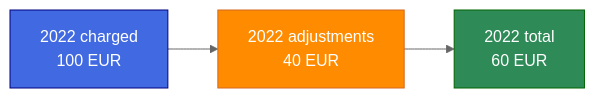
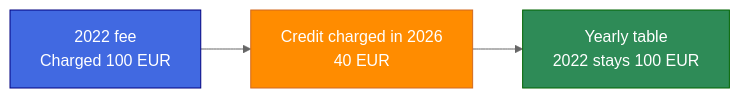
Before and after one commit to rafael-pissardo/lagom: the third of 4 diagrams in README.md, drawn with Mermaid (neutral theme). The commit also changed other lines of this file and 15 other files, not shown here.

````diff
--- a/README.md
+++ b/README.md
@@ -46,7 +46,7 @@
 ```mermaid
 flowchart LR
     classDef charged fill:royalblue,stroke:navy,color:white
     classDef credit fill:darkorange,stroke:chocolate,color:white
     classDef total fill:seagreen,stroke:darkgreen,color:white
-    A["2022 charged<br/>100 EUR"]:::charged --> B["2022 adjustments<br/>40 EUR"]:::credit --> C["2022 total<br/>60 EUR"]:::total
+    A["2022 fee<br/>Charged 100 EUR"]:::charged --> B["Credit charged in 2026<br/>40 EUR"]:::credit --> C["Yearly table<br/>2022 stays 100 EUR"]:::total
 ```
````
